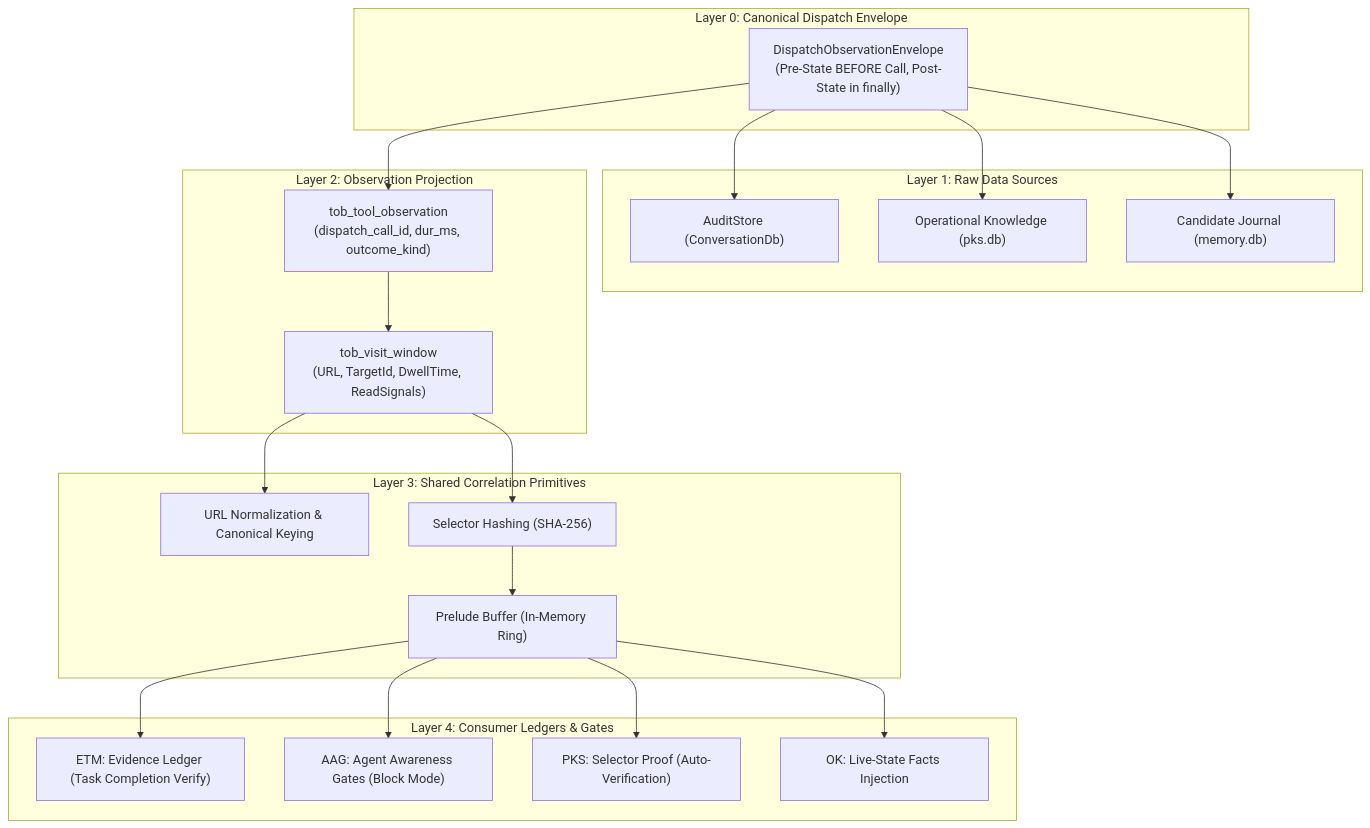
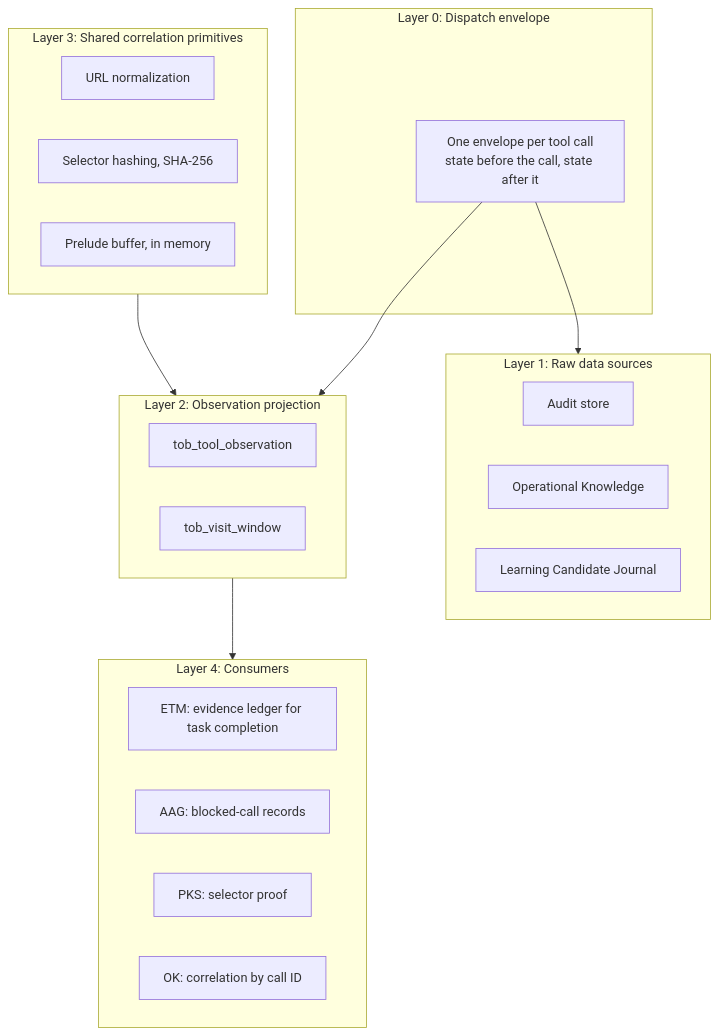
Before and after one commit to joelaniol/nova: the diagram in docs/core-features/tob.md, drawn with Mermaid. The commit also changed other lines of this file and 495 other files, not shown here.

````diff
--- a/docs/core-features/tob.md
+++ b/docs/core-features/tob.md
@@ -23,46 +23,35 @@
 ```mermaid
 flowchart TD
-    subgraph Layer0["Layer 0: Canonical Dispatch Envelope"]
-        Env["DispatchObservationEnvelope
-(Pre-State BEFORE Call, Post-State in finally)"]
+    subgraph Layer0["Layer 0: Dispatch envelope"]
+        Env["One envelope per tool call<br/>state before the call, state after it"]
     end
 
-    subgraph Layer1["Layer 1: Raw Data Sources"]
-        Audit["AuditStore (ConversationDb)"]
-        OKStore["Operational Knowledge (pks.db)"]
-        LCJ["Candidate Journal (memory.db)"]
+    subgraph Layer1["Layer 1: Raw data sources"]
+        Audit["Audit store"]
+        OKStore["Operational Knowledge"]
+        LCJ["Learning Candidate Journal"]
     end
 
-    subgraph Layer2["Layer 2: Observation Projection"]
-        ToolObs["tob_tool_observation
-(dispatch_call_id, dur_ms, outcome_kind)"]
-        VisitWin["tob_visit_window
-(URL, TargetId, DwellTime, ReadSignals)"]
+    subgraph Layer2["Layer 2: Observation projection"]
+        ToolObs["tob_tool_observation"]
+        VisitWin["tob_visit_window"]
     end
 
-    subgraph Layer3["Layer 3: Shared Correlation Primitives"]
-        Norm["URL Normalization & Canonical Keying"]
-        Hash["Selector Hashing (SHA-256)"]
-        Prelude["Prelude Buffer (In-Memory Ring)"]
+    subgraph Layer3["Layer 3: Shared correlation primitives"]
+        Norm["URL normalization"]
+        Hash["Selector hashing, SHA-256"]
+        Prelude["Prelude buffer, in memory"]
     end
 
-    subgraph Layer4["Layer 4: Consumer Ledgers & Gates"]
-        ETM["ETM: Evidence Ledger (Task Completion Verify)"]
-        AAG["AAG: Agent Awareness Gates (Block Mode)"]
-        PKSProof["PKS: Selector Proof (Auto-Verification)"]
-        OKCons["OK: Live-State Facts Injection"]
+    subgraph Layer4["Layer 4: Consumers"]
+        ETM["ETM: evidence ledger for task completion"]
+        AAG["AAG: blocked-call records"]
+        PKSProof["PKS: selector proof"]
+        OKCons["OK: correlation by call ID"]
     end
 
-    Env --> Audit
-    Env --> OKStore
-    Env --> LCJ
-    Env --> ToolObs
-    ToolObs --> VisitWin
-    VisitWin --> Norm
-    VisitWin --> Hash
-    Hash --> Prelude
-    Prelude --> ETM
-    Prelude --> AAG
-    Prelude --> PKSProof
-    Prelude --> OKCons
+    Env --> Layer1
+    Env --> Layer2
+    Layer3 --> Layer2
+    Layer2 --> Layer4
 ```
````
